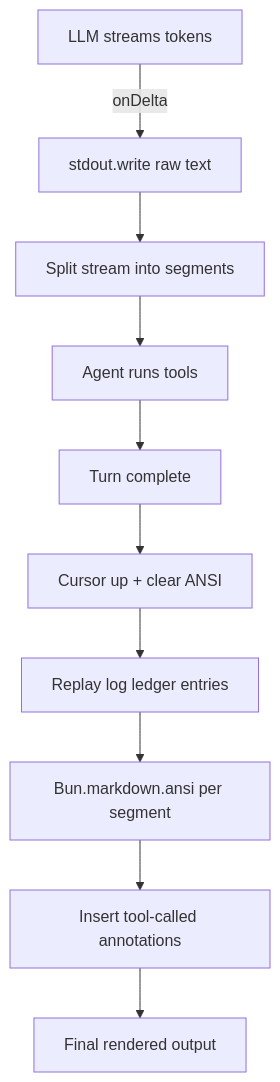
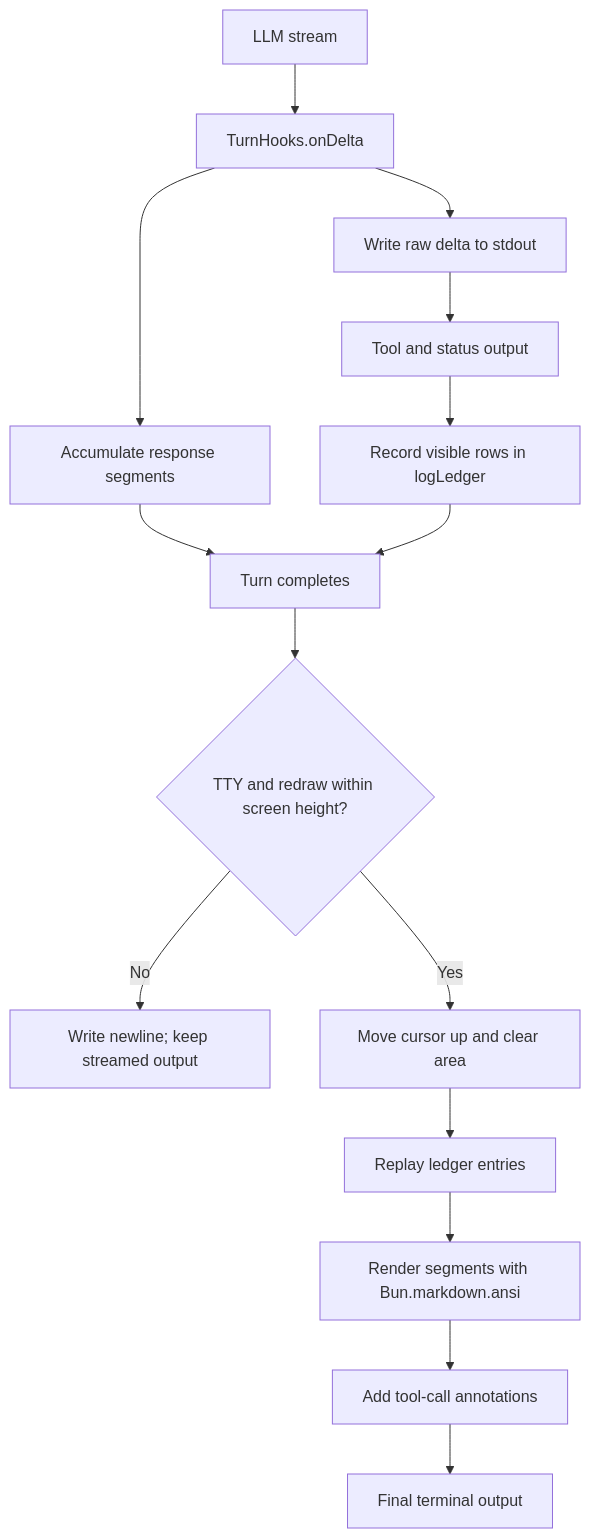
Before and after one commit to VishalS99/agent-cody: the diagram in README.md, drawn with Mermaid. The commit also changed other lines of this file, not shown here.

Commit message:
docs: describe compaction and terminal rendering

````diff
--- a/README.md
+++ b/README.md
@@ -249,12 +139,17 @@
 ```mermaid
 flowchart TD
-  A[LLM streams tokens] -->|onDelta| B[stdout.write raw text]
-  B --> C[Split stream into segments]
-  C --> D[Agent runs tools]
-  D --> E[Turn complete]
-  E --> F[Cursor up + clear ANSI]
-  F --> G[Replay log ledger entries]
-  G --> H[Bun.markdown.ansi per segment]
-  H --> I[Insert tool-called annotations]
-  I --> J[Final rendered output]
+  A[LLM stream] --> B[TurnHooks.onDelta]
+  B --> C[Write raw delta to stdout]
+  B --> D[Accumulate response segments]
+  C --> E[Tool and status output]
+  E --> F[Record visible rows in logLedger]
+  D --> G[Turn completes]
+  F --> G
+  G --> H{TTY and redraw within screen height?}
+  H -- No --> I[Write newline; keep streamed output]
+  H -- Yes --> J[Move cursor up and clear area]
+  J --> K[Replay ledger entries]
+  K --> L[Render segments with Bun.markdown.ansi]
+  L --> M[Add tool-call annotations]
+  M --> N[Final terminal output]
 ```
````
